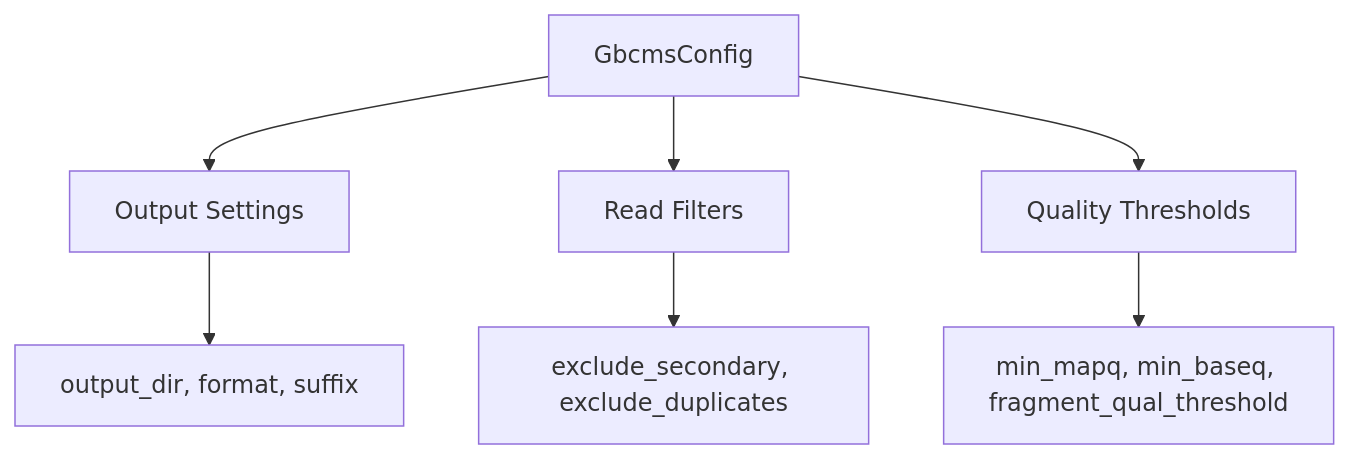
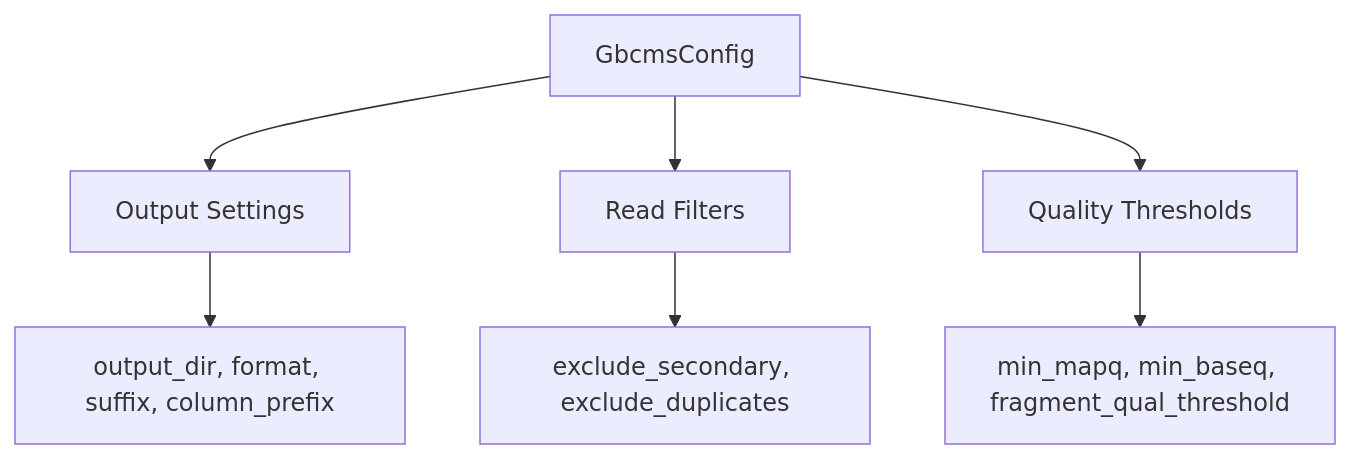
Before and after one commit to msk-access/py-gbcms: the fourth of 5 diagrams in docs/reference/architecture.md, drawn with Mermaid. The commit also changed 14 other files, not shown here.

````diff
--- a/docs/reference/architecture.md
+++ b/docs/reference/architecture.md
@@ -137,10 +137,10 @@
 ```mermaid
 flowchart TB
     GbcmsConfig --> OutputConfig[Output Settings]
     GbcmsConfig --> ReadFilters[Read Filters]
     GbcmsConfig --> QualityThresholds[Quality Thresholds]
     
-    OutputConfig --> D1[output_dir, format, suffix]
+    OutputConfig --> D1[output_dir, format, suffix, column_prefix]
     ReadFilters --> D2[exclude_secondary, exclude_duplicates]
     QualityThresholds --> D3["min_mapq, min_baseq, fragment_qual_threshold"]
 ```
````
